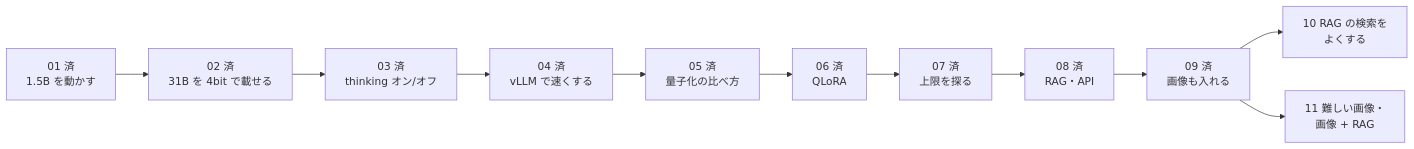
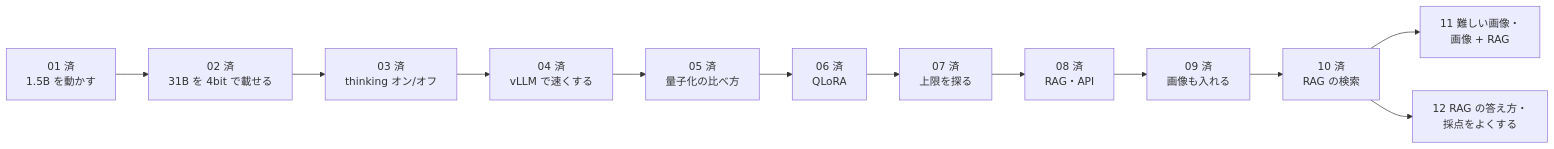
Before and after one commit to moruku36/colab-oss-lab: the diagram in docs/next-experiments.md, drawn with Mermaid. The commit also changed other lines of this file and 8 other files, not shown here.

````diff
--- a/docs/next-experiments.md
+++ b/docs/next-experiments.md
@@ -6,13 +6,14 @@
 ```mermaid
 flowchart LR
     E01["01 済<br/>1.5B を動かす"] --> E02["02 済<br/>31B を 4bit で載せる"]
     E02 --> E03["03 済<br/>thinking オン/オフ"]
     E03 --> E04["04 済<br/>vLLM で速くする"]
     E04 --> E05["05 済<br/>量子化の比べ方"]
     E05 --> E06["06 済<br/>QLoRA"]
     E06 --> E07["07 済<br/>上限を探る"]
     E07 --> E08["08 済<br/>RAG・API"]
     E08 --> E09["09 済<br/>画像も入れる"]
-    E09 --> C10["10 RAG の検索を<br/>よくする"]
-    E09 --> C11["11 難しい画像・<br/>画像 + RAG"]
+    E09 --> E10["10 済<br/>RAG の検索"]
+    E10 --> C11["11 難しい画像・<br/>画像 + RAG"]
+    E10 --> C12["12 RAG の答え方・<br/>採点をよくする"]
 ```
````
